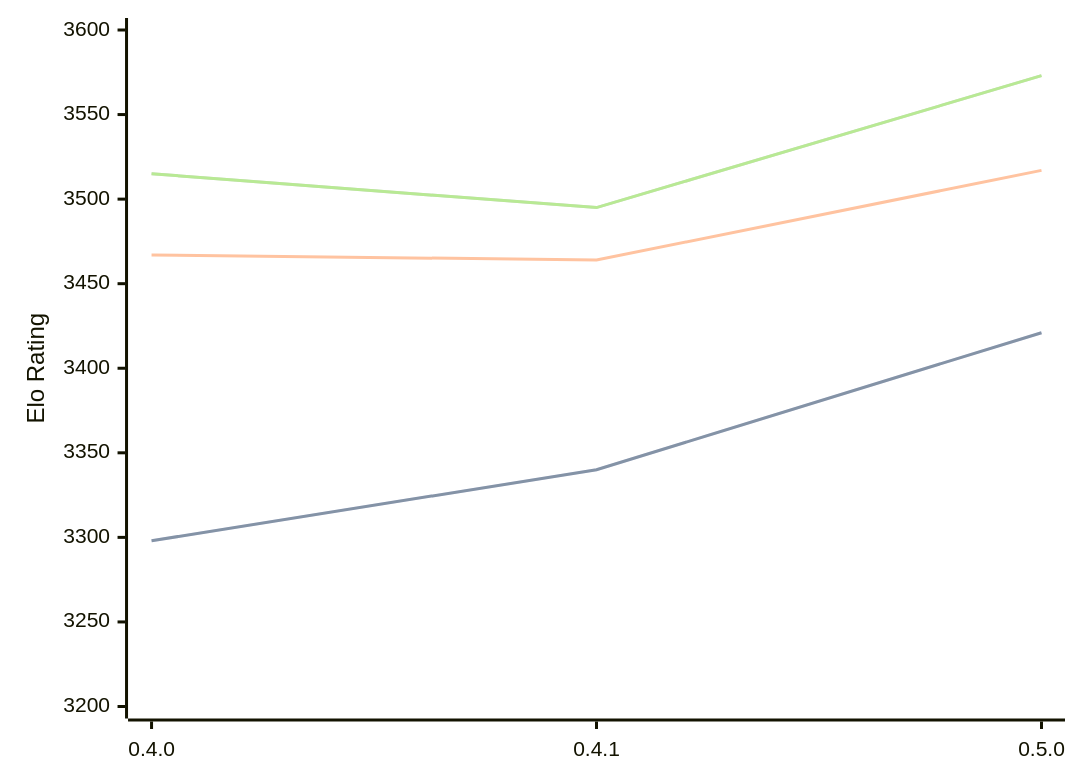
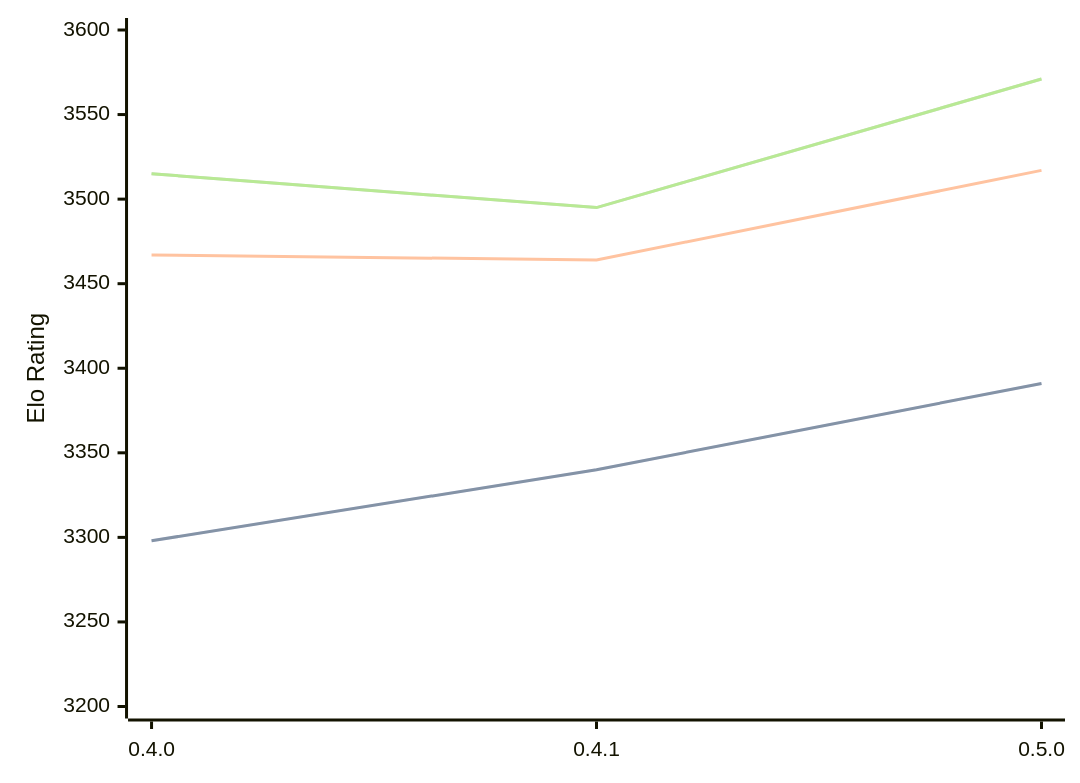
Before and after one commit to computer-chess-index/cci: the first of 3 diagrams in engines/Cinder.md, drawn with Mermaid. The commit also changed other lines of this file, not shown here.

Commit message:
Update CCI Ratings (ELO VLTC) - 2026-07-11

````diff
--- a/engines/Cinder.md
+++ b/engines/Cinder.md
@@ -42,11 +42,11 @@
 ```mermaid
 %%{init: {"theme":"base","themeVariables":{"seriesColors:['#a3a3a3','#222221','#faa371']}}}%%
 xychart-beta
   x-axis ["0.4.0", "0.4.1", "0.5.0"]
   y-axis "Elo Rating" 3200 --> 3600
-  line "STC (8.0+0.08s)" [3298, 3340, 3421]
-  line "STC (8.0+0.08s)" [3298, 3340, 3421]
+  line "STC (8.0+0.08s)" [3298, 3340, 3391]
+  line "STC (8.0+0.08s)" [3298, 3340, 3391]
   line "LTC (60.0+0.60s)" [3467, 3464, 3517]
-  line "VLTC (2m24s+1.12s)" [3515, 3495, 3573]
-  line "VLTC (2m24s+1.12s)" [3515, 3495, 3573]
+  line "VLTC (2m24s+1.12s)" [3515, 3495, 3571]
+  line "VLTC (2m24s+1.12s)" [3515, 3495, 3571]
 ```
````
